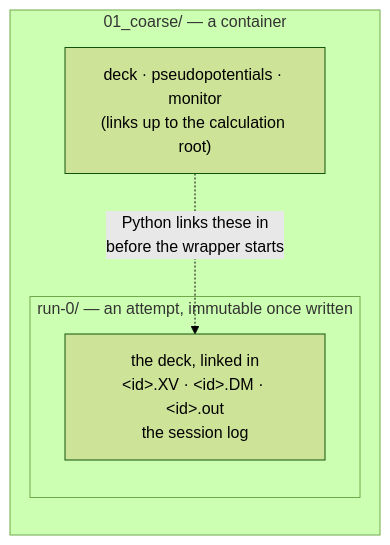
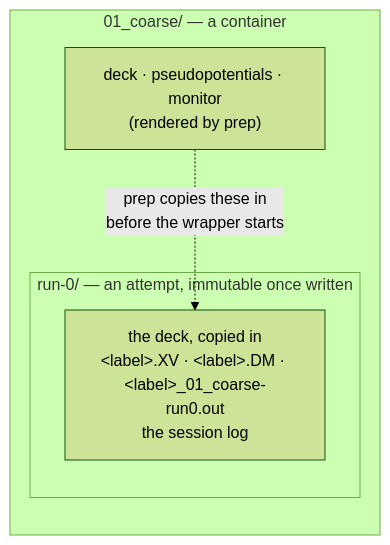
Before and after one commit to Qing-LAB/molbuilder: the third of 4 diagrams in docs/execution/worked-example.md, drawn with Mermaid (forest theme). The commit also changed other lines of this file and 49 other files, not shown here.

````diff
--- a/docs/execution/worked-example.md
+++ b/docs/execution/worked-example.md
@@ -286,11 +258,11 @@
 ```mermaid
 flowchart TB
     subgraph C["01_coarse/  — a container"]
       direction TB
-      L["deck · pseudopotentials · monitor<br/>(links up to the calculation root)"]
+      L["deck · pseudopotentials · monitor<br/>(rendered by prep)"]
       subgraph R0["run-0/  — an attempt, immutable once written"]
-        O["the deck, linked in<br/>&lt;id&gt;.XV · &lt;id&gt;.DM · &lt;id&gt;.out<br/>the session log"]
+        O["the deck, copied in<br/>&lt;label&gt;.XV · &lt;label&gt;.DM · &lt;label&gt;_01_coarse-run0.out<br/>the session log"]
       end
     end
-    L -.->|"Python links these in<br/>before the wrapper starts"| O
+    L -.->|"prep copies these in<br/>before the wrapper starts"| O
 ```
````
